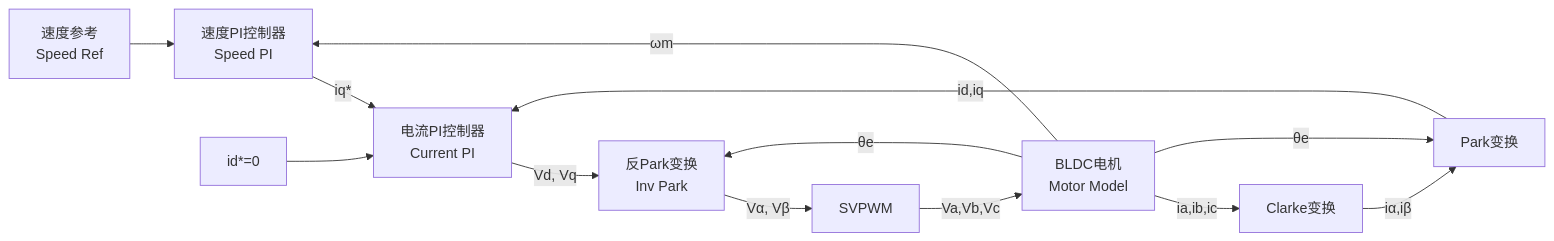
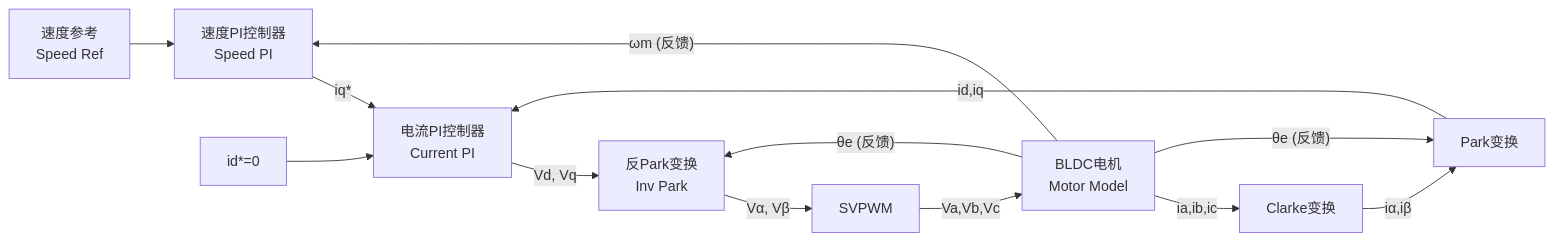
The first of 2 diagrams in README.md (lcznli666410-commits/bldc-foc-simulation), drawn with Mermaid before and after one commit. The commit also changed other lines of this file and 17 other files, not shown here.

````diff
--- a/README.md
+++ b/README.md
@@ -9,15 +12,15 @@
 ```mermaid
 graph LR
     A["速度参考<br>Speed Ref"] --> B["速度PI控制器<br>Speed PI"]
     B --> |"iq*"| C["电流PI控制器<br>Current PI"]
     D["id*=0"] --> C
     C --> |"Vd, Vq"| E["反Park变换<br>Inv Park"]
     E --> |"Vα, Vβ"| F["SVPWM"]
     F --> |"Va,Vb,Vc"| G["BLDC电机<br>Motor Model"]
     G --> |"ia,ib,ic"| H["Clarke变换"]
     H --> |"iα,iβ"| I["Park变换"]
     I --> |"id,iq"| C
-    G --> |"ωm"| B
-    G --> |"θe"| E
-    G --> |"θe"| I
+    G --> |"ωm (反馈)"| B
+    G --> |"θe (反馈)"| E
+    G --> |"θe (反馈)"| I
 ```
````
